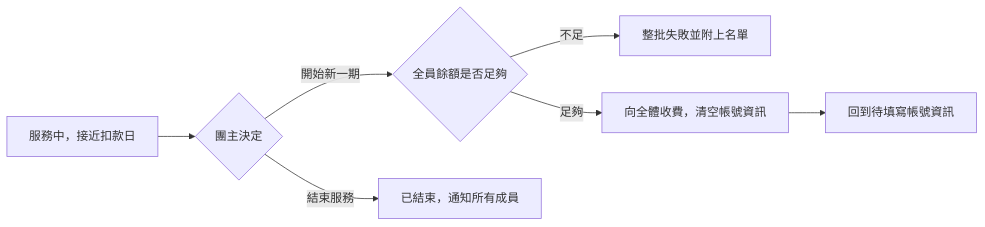
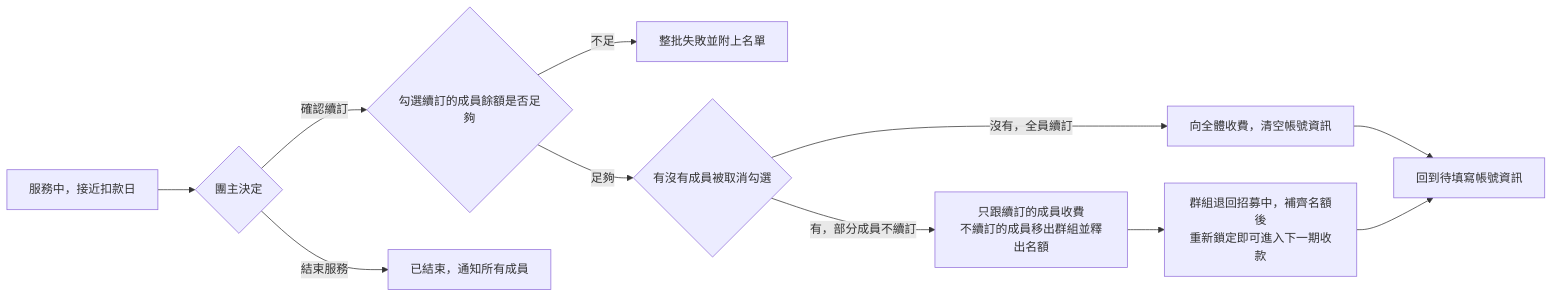
The diagram in docs/flows/renewal-flow.md (s1092055/PartyMatch), drawn with Mermaid before and after one commit. The commit also changed other lines of this file, not shown here.

````diff
--- a/docs/flows/renewal-flow.md
+++ b/docs/flows/renewal-flow.md
@@ -8,9 +8,13 @@
 ```mermaid
 flowchart LR
   A[服務中，接近扣款日] --> B{團主決定}
-  B -->|開始新一期| C{全員餘額是否足夠}
+  B -->|確認續訂| C{勾選續訂的成員餘額是否足夠}
   C -->|不足| D[整批失敗並附上名單]
-  C -->|足夠| E[向全體收費，清空帳號資訊]
-  E --> F[回到待填寫帳號資訊]
-  B -->|結束服務| G[已結束，通知所有成員]
+  C -->|足夠| E{有沒有成員被取消勾選}
+  E -->|沒有，全員續訂| F[向全體收費，清空帳號資訊]
+  F --> G[回到待填寫帳號資訊]
+  E -->|有，部分成員不續訂| H[只跟續訂的成員收費\n不續訂的成員移出群組並釋出名額]
+  H --> I[群組退回招募中，補齊名額後\n重新鎖定即可進入下一期收款]
+  I --> G
+  B -->|結束服務| J[已結束，通知所有成員]
 ```
````
